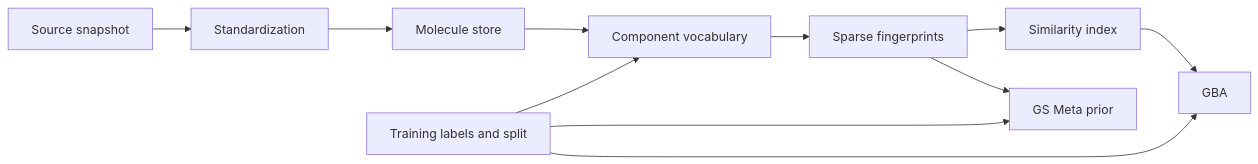
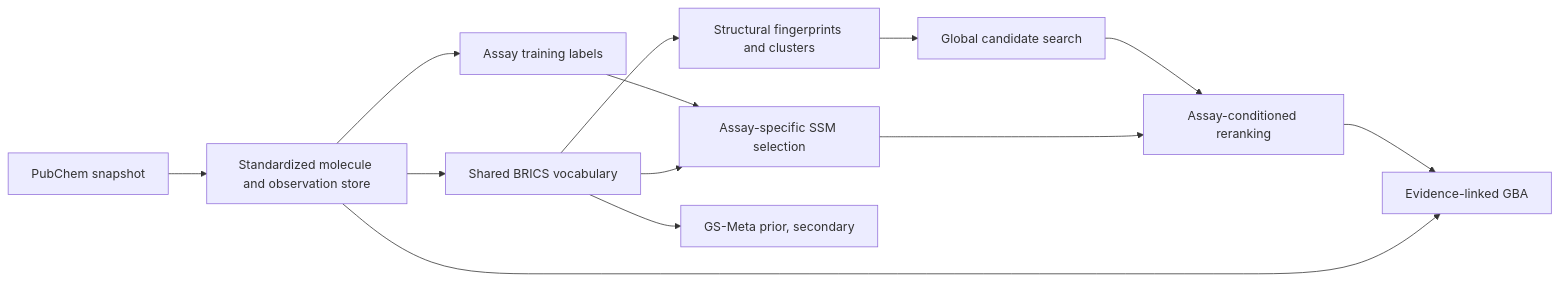
One commit to jack030622/PubChem_Subgraph_Platform changed the diagram in docs/architecture.md. Above: the diagram before and after it, drawn with Mermaid. The commit also changed other lines of this file and 27 other files, not shown here.

````diff
--- a/docs/architecture.md
+++ b/docs/architecture.md
@@ -17,13 +18,15 @@
 ```mermaid
 flowchart LR
-  A[Source snapshot] --> B[Standardization]
-  B --> C[Molecule store]
-  C --> D[Component vocabulary]
-  D --> E[Sparse fingerprints]
-  E --> F[Similarity index]
-  F --> G[GBA]
-  E --> H[GS Meta prior]
-  I[Training labels and split] --> D
-  I --> G
-  I --> H
+  A[PubChem snapshot] --> B[Standardized molecule and observation store]
+  B --> C[Shared BRICS vocabulary]
+  C --> D[Structural fingerprints and clusters]
+  D --> E[Global candidate search]
+  B --> F[Assay training labels]
+  F --> G[Assay-specific SSM selection]
+  C --> G
+  E --> H[Assay-conditioned reranking]
+  G --> H
+  H --> I[Evidence-linked GBA]
+  B --> I
+  C --> J[GS-Meta prior, secondary]
 ```
````
